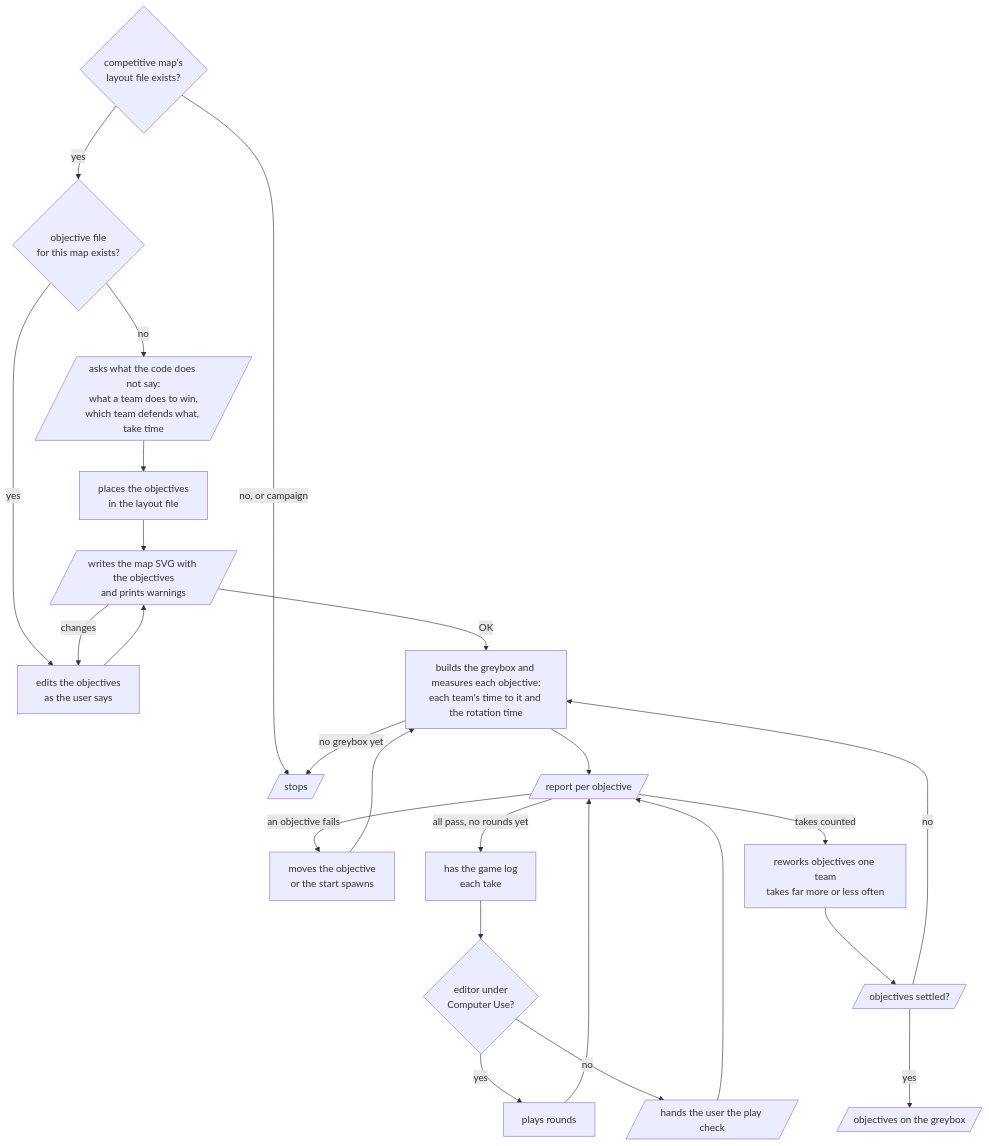
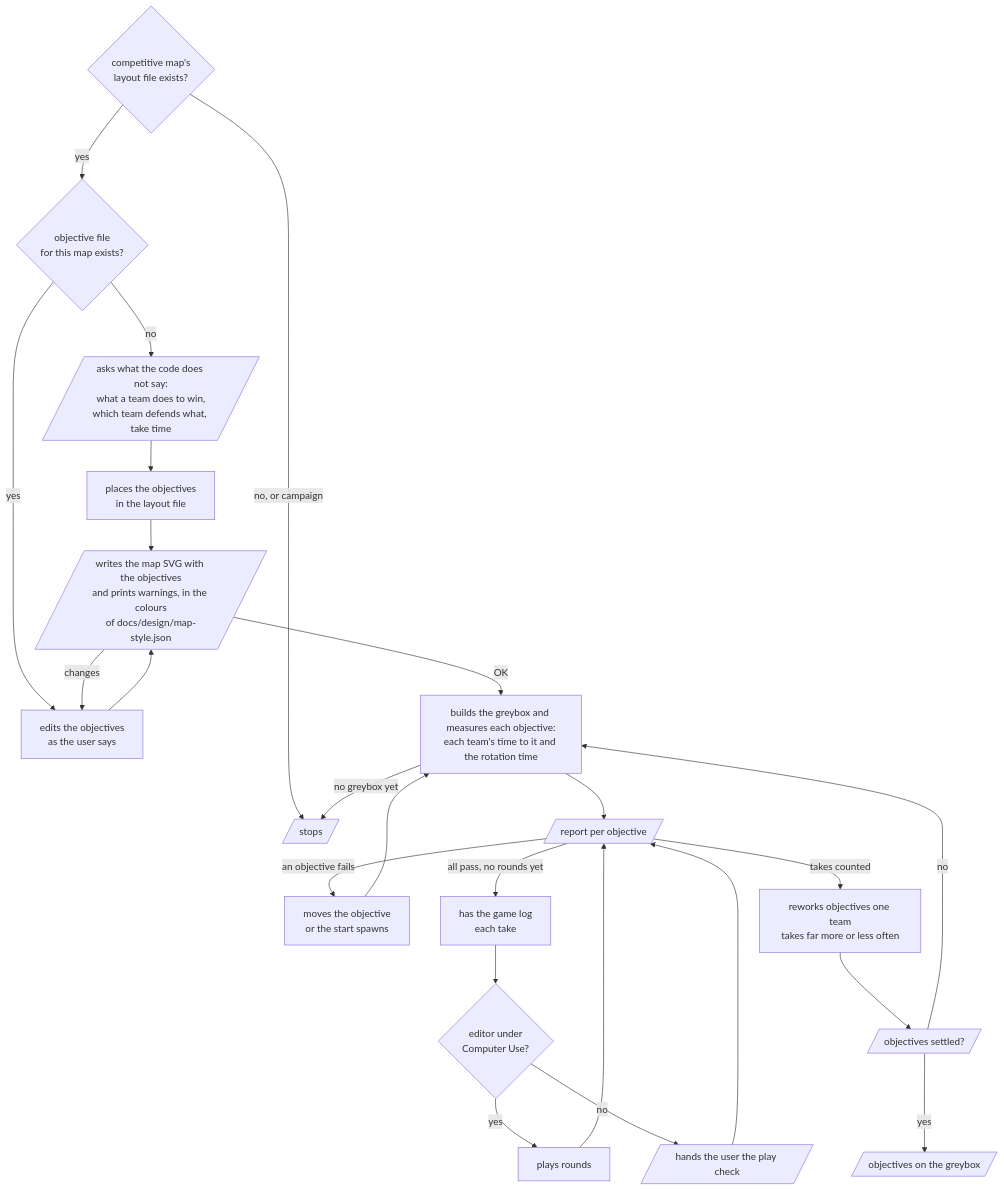
The diagram in domains/game/skills/shooter-objectives/README.md (omni-stove/skill-kit), drawn with Mermaid before and after one commit. The commit also changed 19 other files, not shown here.

````diff
--- a/domains/game/skills/shooter-objectives/README.md
+++ b/domains/game/skills/shooter-objectives/README.md
@@ -3,27 +3,27 @@
 ```mermaid
 flowchart TD
   start{competitive map's<br/>layout file exists?}
   start -- "no, or campaign" --> stop[/stops/]
   start -- "yes" --> exists{objective file<br/>for this map exists?}
   exists -- "no" --> ask[/asks what the code does not say:<br/>what a team does to win,<br/>which team defends what, take time/]
   ask --> place[places the objectives<br/>in the layout file]
   exists -- "yes" --> edit[edits the objectives<br/>as the user says]
   place --> view
-  edit --> view[/writes the map SVG with the objectives<br/>and prints warnings/]
+  edit --> view[/writes the map SVG with the objectives<br/>and prints warnings, in the colours<br/>of docs/design/map-style.json/]
   view -- "changes" --> edit
   view -- "OK" --> measure[builds the greybox and measures each objective:<br/>each team's time to it and the rotation time]
   measure -- "no greybox yet" --> stop
   measure --> report[/report per objective/]
   report -- "an objective fails" --> move[moves the objective<br/>or the start spawns]
   move --> measure
   report -- "all pass, no rounds yet" --> take[has the game log<br/>each take]
   take --> how{editor under<br/>Computer Use?}
   how -- "yes" --> play[plays rounds]
   how -- "no" --> hand[/hands the user the play check/]
   play --> report
   hand --> report
   report -- "takes counted" --> weigh[reworks objectives one team<br/>takes far more or less often]
   weigh --> settled[/objectives settled?/]
   settled -- "no" --> measure
   settled -- "yes" --> done[/objectives on the greybox/]
 ```
````
